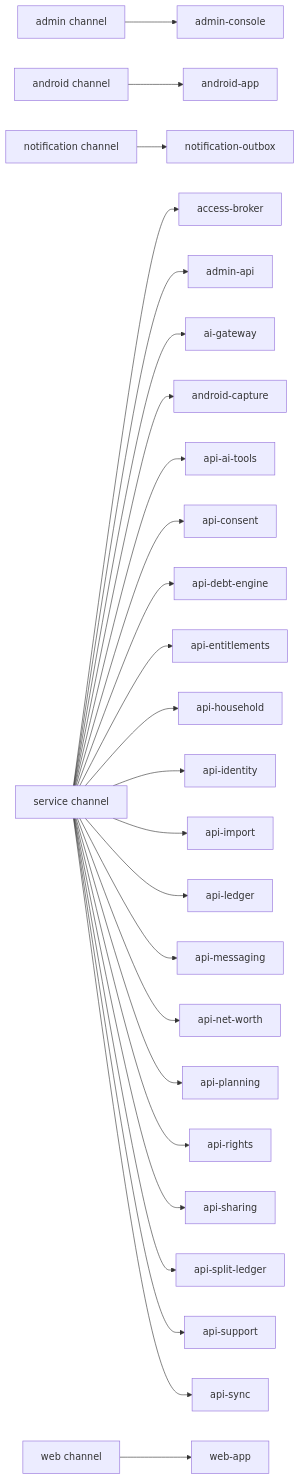
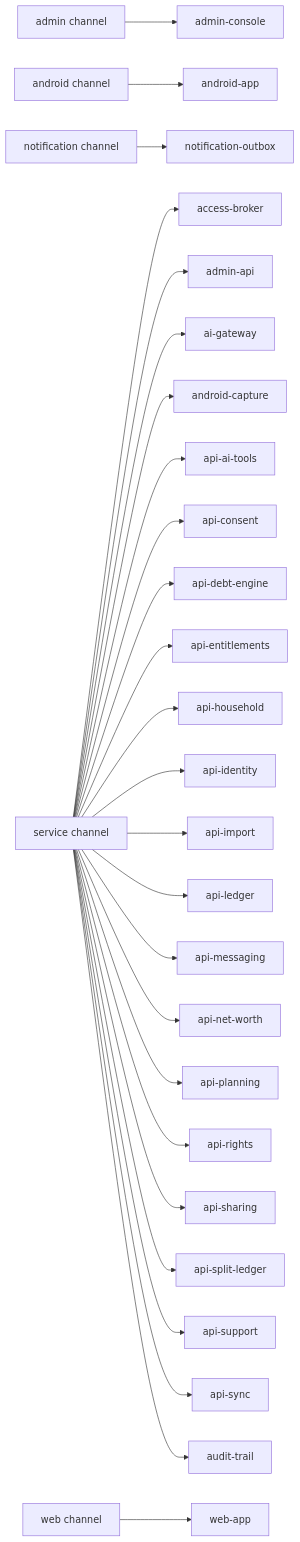
The first of 13 diagrams in product/journey-blueprints.md (PenniLogic/docs), drawn with Mermaid before and after one commit. The commit also changed other lines of this file and 3 other files, not shown here.

````diff
--- a/product/journey-blueprints.md
+++ b/product/journey-blueprints.md
@@ -51,56 +51,58 @@
 ```mermaid
 flowchart LR
     channel_admin["admin channel"]
     channel_android["android channel"]
     channel_notification["notification channel"]
     channel_service["service channel"]
     channel_web["web channel"]
     system_access_broker["access-broker"]
     system_admin_api["admin-api"]
     system_admin_console["admin-console"]
     system_ai_gateway["ai-gateway"]
     system_android_app["android-app"]
     system_android_capture["android-capture"]
     system_api_ai_tools["api-ai-tools"]
     system_api_consent["api-consent"]
     system_api_debt_engine["api-debt-engine"]
     system_api_entitlements["api-entitlements"]
     system_api_household["api-household"]
     system_api_identity["api-identity"]
     system_api_import["api-import"]
     system_api_ledger["api-ledger"]
     system_api_messaging["api-messaging"]
     system_api_net_worth["api-net-worth"]
     system_api_planning["api-planning"]
     system_api_rights["api-rights"]
     system_api_sharing["api-sharing"]
     system_api_split_ledger["api-split-ledger"]
     system_api_support["api-support"]
     system_api_sync["api-sync"]
+    system_audit_trail["audit-trail"]
     system_notification_outbox["notification-outbox"]
     system_web_app["web-app"]
     channel_admin --> system_admin_console
     channel_android --> system_android_app
     channel_notification --> system_notification_outbox
     channel_service --> system_access_broker
     channel_service --> system_admin_api
     channel_service --> system_ai_gateway
     channel_service --> system_android_capture
     channel_service --> system_api_ai_tools
     channel_service --> system_api_consent
     channel_service --> system_api_debt_engine
     channel_service --> system_api_entitlements
     channel_service --> system_api_household
     channel_service --> system_api_identity
     channel_service --> system_api_import
     channel_service --> system_api_ledger
     channel_service --> system_api_messaging
     channel_service --> system_api_net_worth
     channel_service --> system_api_planning
     channel_service --> system_api_rights
     channel_service --> system_api_sharing
     channel_service --> system_api_split_ledger
     channel_service --> system_api_support
     channel_service --> system_api_sync
+    channel_service --> system_audit_trail
     channel_web --> system_web_app
 ```
````
